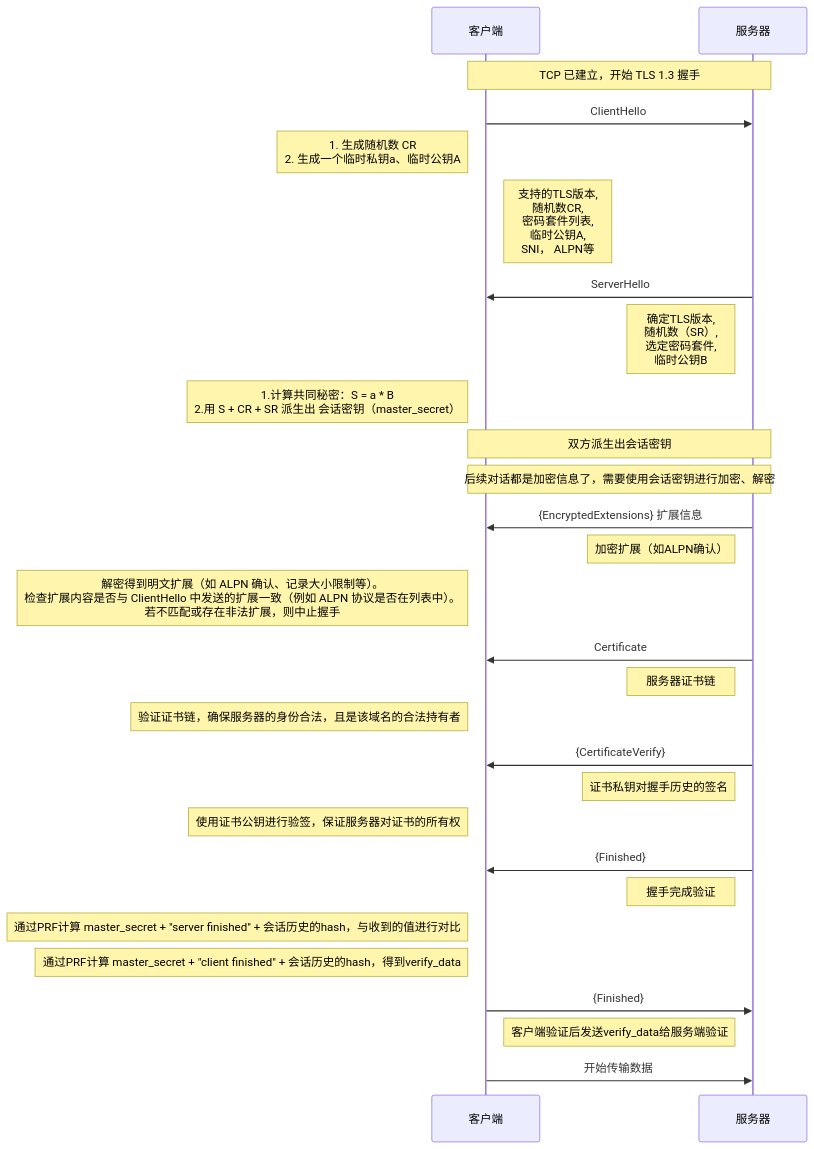
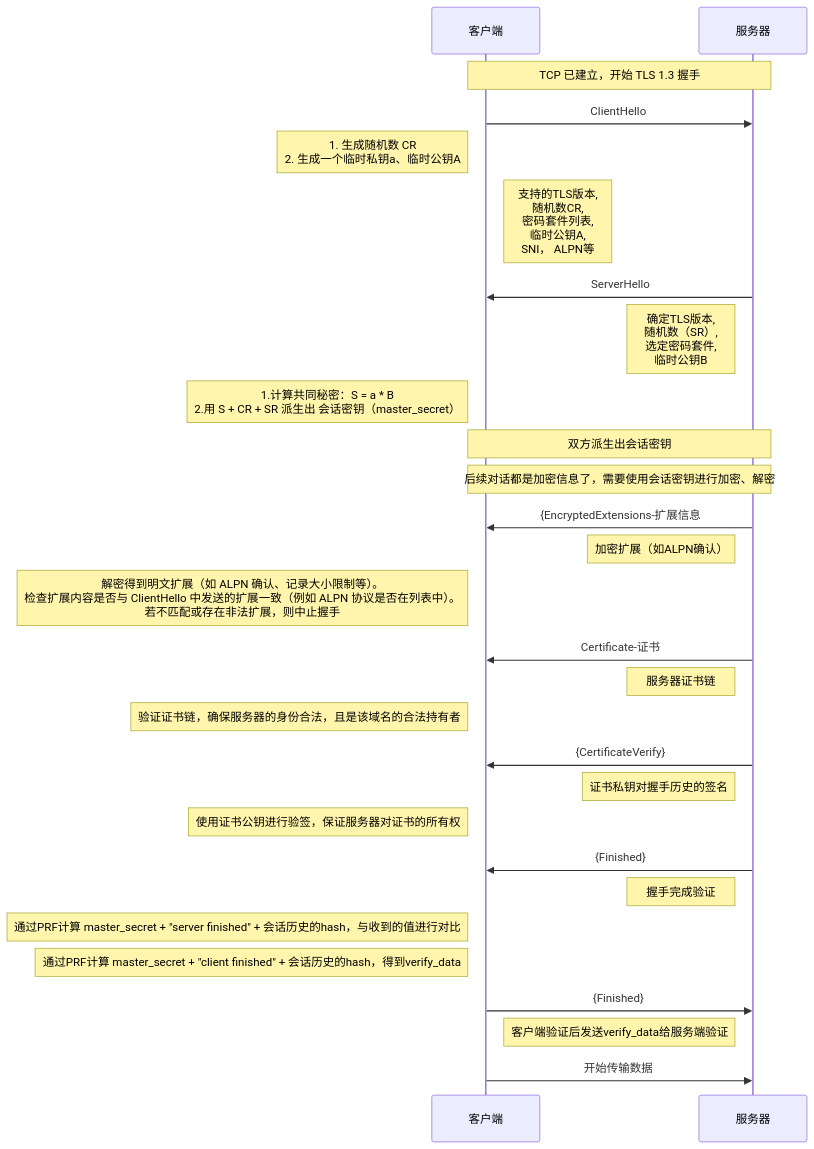
The diagram in all/TLS-1.3-通用.md (HY-10-8/iodraw-files), drawn with Mermaid before and after one commit.

Commit message:
2026-03-31 11:05:19 update

````diff
--- a/all/TLS-1.3-通用.md
+++ b/all/TLS-1.3-通用.md
@@ -1,40 +1,40 @@
 ```mermaid
 sequenceDiagram
     participant C as 客户端
     participant S as 服务器
 
     Note over C,S: TCP 已建立，开始 TLS 1.3 握手
 
     C->>S: ClientHello
     Note left of C: 1. 生成随机数 CR<br/> 2. 生成一个临时私钥a、临时公钥A
     Note right of C: 支持的TLS版本,<br/> 随机数CR,<br/> 密码套件列表,<br/> 临时公钥A,<br/> SNI， ALPN等
 
     S->>C: ServerHello
     Note left of S: 确定TLS版本, <br/>随机数（SR）,<br/> 选定密码套件, <br/>临时公钥B
     Note left of C: 1.计算共同秘密：S = a * B<br/> 2.用 S + CR + SR 派生出 会话密钥（master_secret）
 
     Note over C,S: 双方派生出会话密钥
     Note over C,S: 后续对话都是加密信息了，需要使用会话密钥进行加密、解密
 
-    S->>C: {EncryptedExtensions} 扩展信息
+    S->>C: {EncryptedExtensions-扩展信息
     Note left of S: 加密扩展（如ALPN确认）
     Note left of C: 解密得到明文扩展（如 ALPN 确认、记录大小限制等）。<br/>检查扩展内容是否与 ClientHello 中发送的扩展一致（例如 ALPN 协议是否在列表中）。<br/> 若不匹配或存在非法扩展，则中止握手
 
-    S->>C: Certificate
+    S->>C: Certificate-证书
     Note left of S: 服务器证书链
     Note left of C: 验证证书链，确保服务器的身份合法，且是该域名的合法持有者
 
     S->>C: {CertificateVerify}
     Note left of S: 证书私钥对握手历史的签名
     Note left of C: 使用证书公钥进行验签，保证服务器对证书的所有权
 
     S->>C: {Finished}
     Note left of S: 握手完成验证
     Note left of C: 通过PRF计算 master_secret + "server finished" + 会话历史的hash，与收到的值进行对比
     Note left of C: 通过PRF计算 master_secret + "client finished" + 会话历史的hash，得到verify_data
 
     C->>S: {Finished}
     Note right of C: 客户端验证后发送verify_data给服务端验证
 
     C->>S: 开始传输数据
 ```
````
